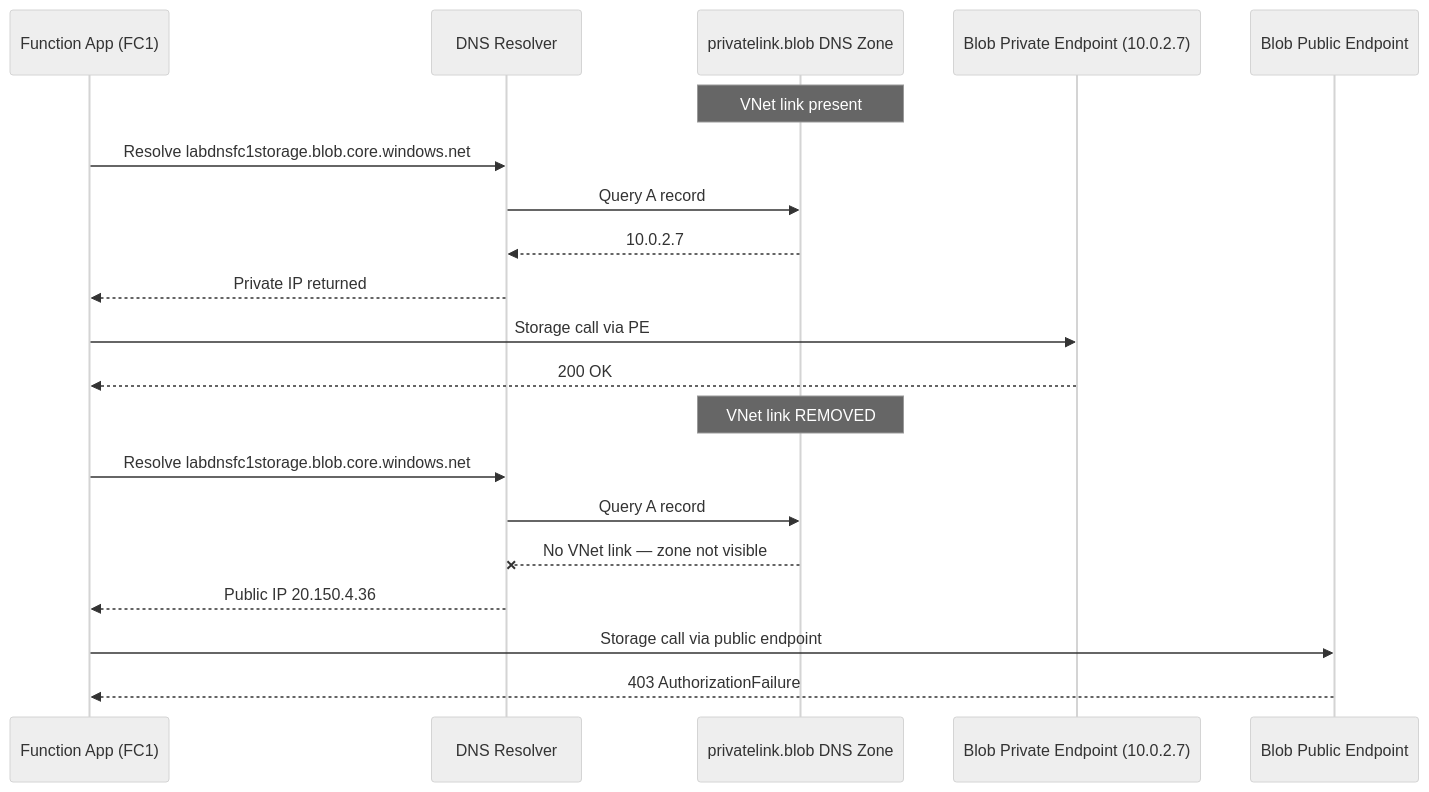
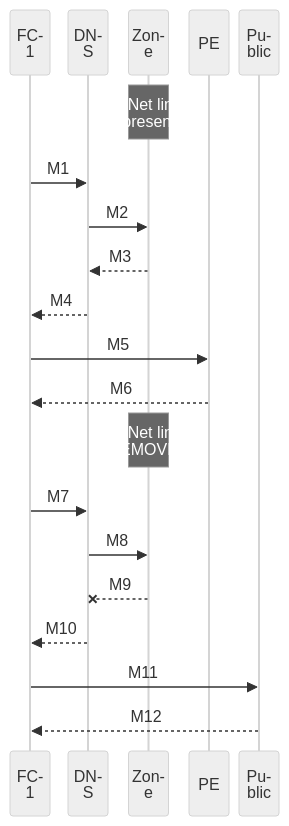
Before and after one commit to yeongseon/azure-functions-practical-guide: the second of 5 diagrams in docs/troubleshooting/lab-guides/dns-vnet-resolution.md, drawn with Mermaid (neutral theme). The commit also changed other lines of this file, not shown here.

First line of the commit message:
docs(diagrams): migrate FC1 DNS lab diagrams

````diff
--- a/docs/troubleshooting/lab-guides/dns-vnet-resolution.md
+++ b/docs/troubleshooting/lab-guides/dns-vnet-resolution.md
@@ -165,24 +178,27 @@
 ```mermaid
+%%{init: {"sequence":{"width":40,"actorMargin":10,"diagramMarginX":5,"wrap":true}}}%%
 sequenceDiagram
-    participant App as Function App (FC1)
-    participant DNS as DNS Resolver
-    participant BlobZone as privatelink.blob DNS Zone
-    participant PE as Blob Private Endpoint (10.0.2.7)
-    participant Public as Blob Public Endpoint
+    accTitle: FC1 lab DNS and storage failure progression
+    accDescr: Illustrative logical sequence with five separate roles and baseline then incident exchanges. The crossed zone exchange denotes loss of zone visibility, not a response from an unreachable zone. Historical addresses and response codes are retained in the adjacent key and signal map, not revalidated here.
+    participant App as FC1
+    participant DNS as DNS
+    participant BlobZone as Zone
+    participant PE as PE
+    participant Public as Public
 
-    Note over BlobZone: VNet link present
-    App->>DNS: Resolve labdnsfc1storage.blob.core.windows.net
-    DNS->>BlobZone: Query A record
-    BlobZone-->>DNS: 10.0.2.7
-    DNS-->>App: Private IP returned
-    App->>PE: Storage call via PE
-    PE-->>App: 200 OK
+    Note over BlobZone: VNet link<br/>present
+    App->>DNS: M1
+    DNS->>BlobZone: M2
+    BlobZone-->>DNS: M3
+    DNS-->>App: M4
+    App->>PE: M5
+    PE-->>App: M6
 
-    Note over BlobZone: VNet link REMOVED
-    App->>DNS: Resolve labdnsfc1storage.blob.core.windows.net
-    DNS->>BlobZone: Query A record
-    BlobZone--xDNS: No VNet link — zone not visible
-    DNS-->>App: Public IP 20.150.4.36
-    App->>Public: Storage call via public endpoint
-    Public-->>App: 403 AuthorizationFailure
+    Note over BlobZone: VNet link<br/>REMOVED
+    App->>DNS: M7
+    DNS->>BlobZone: M8
+    BlobZone--xDNS: M9
+    DNS-->>App: M10
+    App->>Public: M11
+    Public-->>App: M12
 ```
````
